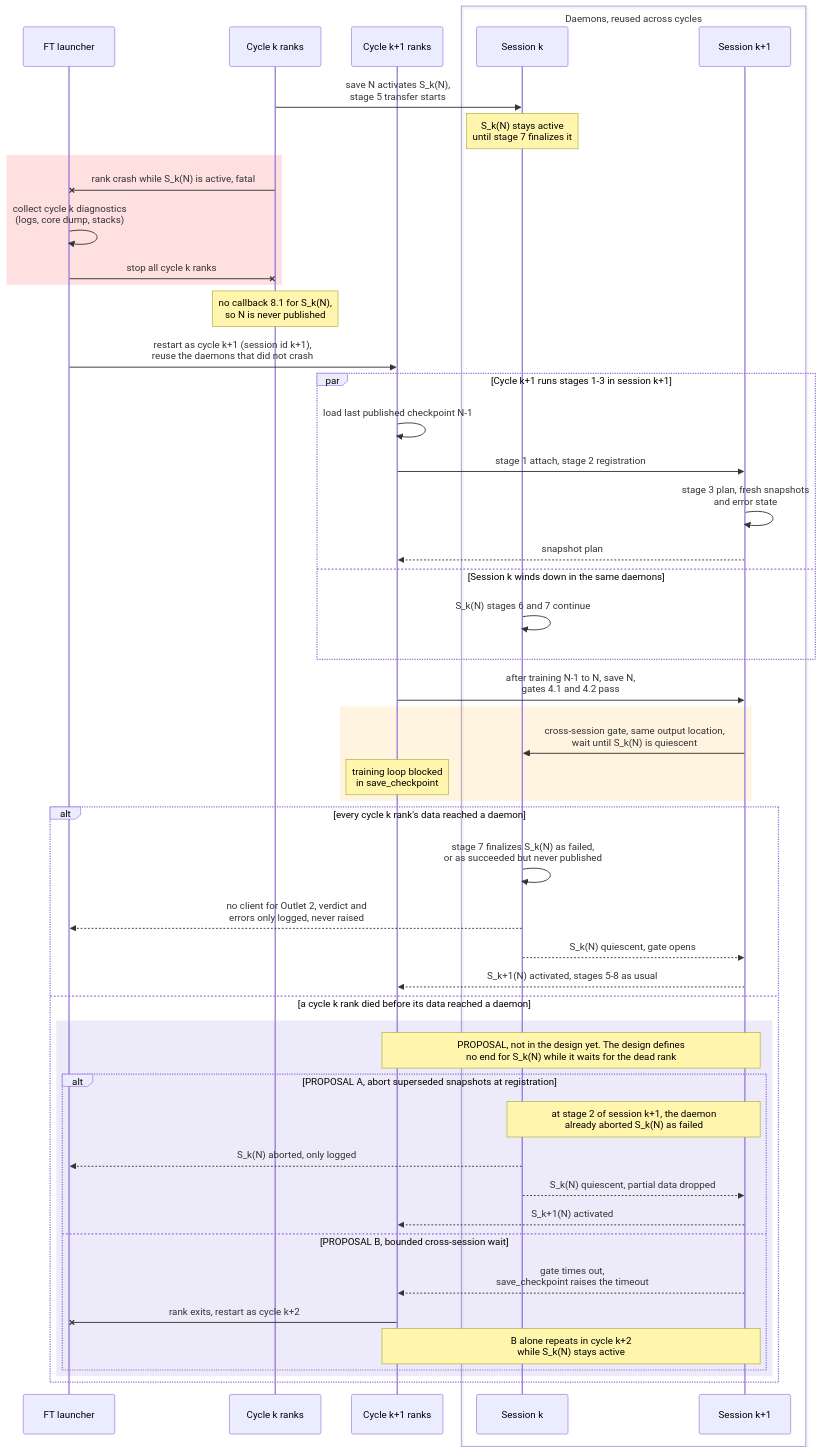
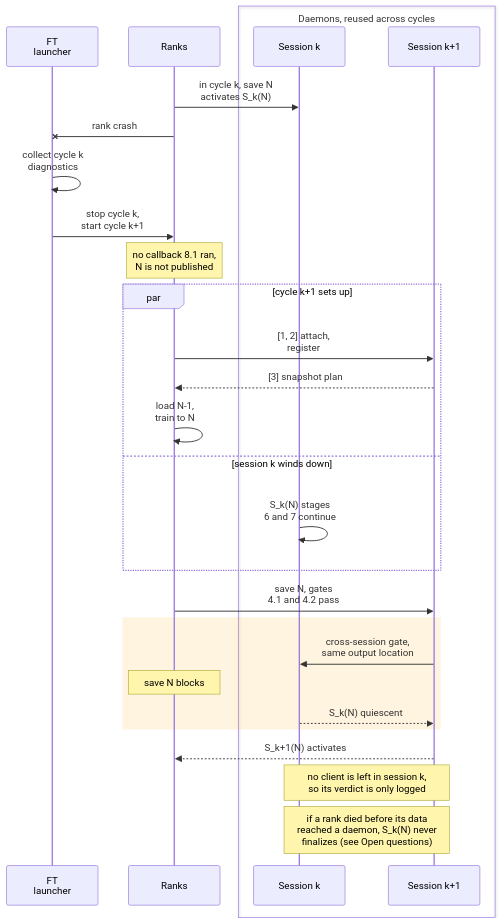
The fourth of 5 diagrams in docs/Design.md (ankurv-nvidia/nvrx_checkpointing), drawn with Mermaid before and after one commit. The commit also changed other lines of this file, not shown here.

````diff
--- a/docs/Design.md
+++ b/docs/Design.md
@@ -434,53 +424,32 @@
 ```mermaid
+%%{init: {"sequence": {"actorFontSize": 28, "messageFontSize": 28, "noteFontSize": 28, "labelBoxWidth": 100, "labelBoxHeight": 40}}}%%
 sequenceDiagram
-    participant FT as FT launcher
-    participant RK as Cycle k ranks
-    participant RK1 as Cycle k+1 ranks
+    participant FT as FT<br/>launcher
+    participant R as Ranks
     box Daemons, reused across cycles
         participant SK as Session k
         participant SK1 as Session k+1
     end
 
-    RK->>SK: save N activates S_k(N),<br/>stage 5 transfer starts
-    Note over SK: S_k(N) stays active<br/>until stage 7 finalizes it
-    rect rgba(255,0,0,0.12)
-        RK-xFT: rank crash while S_k(N) is active, fatal
-        FT->>FT: collect cycle k diagnostics<br/>(logs, core dump, stacks)
-        FT-xRK: stop all cycle k ranks
+    R->>SK: in cycle k, save N<br/>activates S_k(N)
+    R-xFT: rank crash
+    FT->>FT: collect cycle k<br/>diagnostics
+    FT->>R: stop cycle k,<br/>start cycle k+1
+    Note over R: no callback 8.1 ran,<br/>N is not published
+    par cycle k+1 sets up
+        R->>SK1: [1, 2] attach,<br/>register
+        SK1-->>R: [3] snapshot plan
+        R->>R: load N-1,<br/>train to N
+    and session k winds down
+        SK->>SK: S_k(N) stages<br/>6 and 7 continue
     end
-    Note over RK: no callback 8.1 for S_k(N),<br/>so N is never published
-    FT->>RK1: restart as cycle k+1 (session id k+1),<br/>reuse the daemons that did not crash
-    par Cycle k+1 runs stages 1-3 in session k+1
-        RK1->>RK1: load last published checkpoint N-1
-        RK1->>SK1: stage 1 attach, stage 2 registration
-        SK1->>SK1: stage 3 plan, fresh snapshots<br/>and error state
-        SK1-->>RK1: snapshot plan
-    and Session k winds down in the same daemons
-        SK->>SK: S_k(N) stages 6 and 7 continue
+    R->>SK1: save N, gates<br/>4.1 and 4.2 pass
+    rect rgba(255,165,0,0.12)
+        SK1->>SK: cross-session gate,<br/>same output location
+        Note over R: save N blocks
+        SK-->>SK1: S_k(N) quiescent
     end
-    RK1->>SK1: after training N-1 to N, save N,<br/>gates 4.1 and 4.2 pass
-    rect rgba(255,165,0,0.12)
-        SK1->>SK: cross-session gate, same output location,<br/>wait until S_k(N) is quiescent
-        Note over RK1: training loop blocked<br/>in save_checkpoint
-    end
-    alt every cycle k rank's data reached a daemon
-        SK->>SK: stage 7 finalizes S_k(N) as failed,<br/>or as succeeded but never published
-        SK-->>FT: no client for Outlet 2, verdict and<br/>errors only logged, never raised
-        SK-->>SK1: S_k(N) quiescent, gate opens
-        SK1-->>RK1: S_k+1(N) activated, stages 5-8 as usual
-    else a cycle k rank died before its data reached a daemon
-        rect rgba(106,90,205,0.12)
-            Note over RK1,SK1: PROPOSAL, not in the design yet. The design defines<br/>no end for S_k(N) while it waits for the dead rank
-            alt PROPOSAL A, abort superseded snapshots at registration
-                Note over SK,SK1: at stage 2 of session k+1, the daemon<br/>already aborted S_k(N) as failed
-                SK-->>FT: S_k(N) aborted, only logged
-                SK-->>SK1: S_k(N) quiescent, partial data dropped
-                SK1-->>RK1: S_k+1(N) activated
-            else PROPOSAL B, bounded cross-session wait
-                SK1-->>RK1: gate times out,<br/>save_checkpoint raises the timeout
-                RK1-xFT: rank exits, restart as cycle k+2
-                Note over RK1,SK1: B alone repeats in cycle k+2<br/>while S_k(N) stays active
-            end
-        end
-    end
+    SK1-->>R: S_k+1(N) activates
+    Note over SK,SK1: no client is left in session k,<br/>so its verdict is only logged
+    Note over SK,SK1: if a rank died before its data<br/>reached a daemon, S_k(N) never<br/>finalizes (see Open questions)
 ```
````
